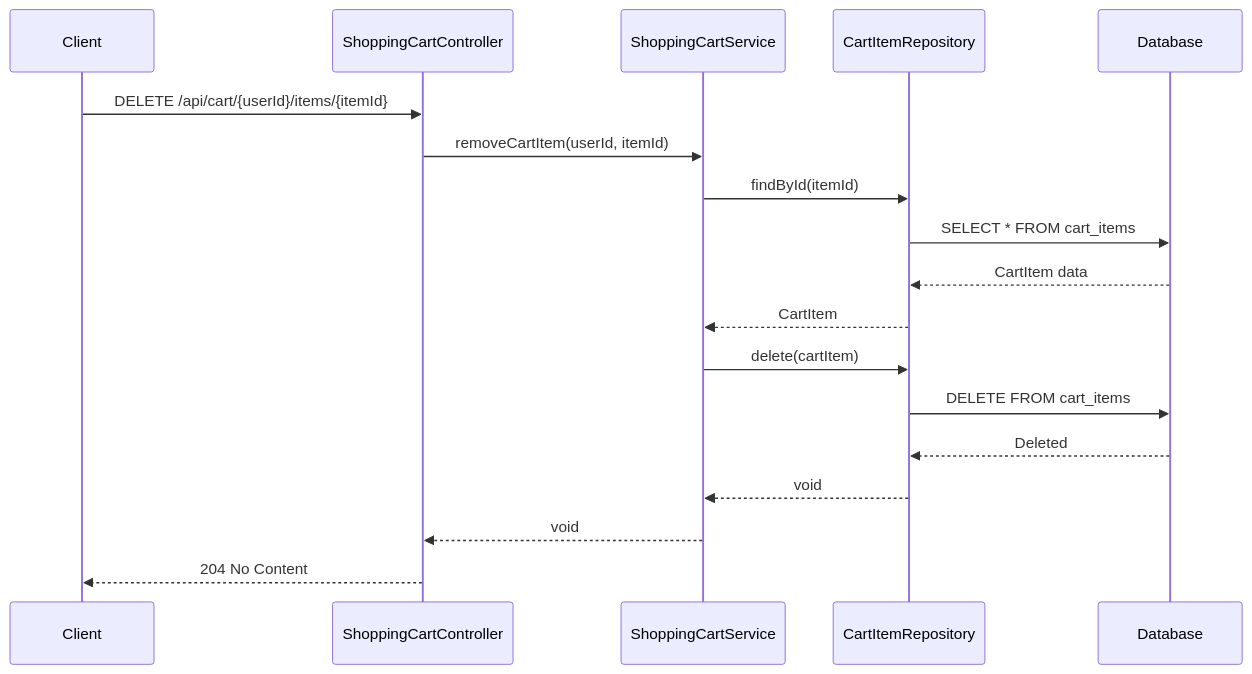
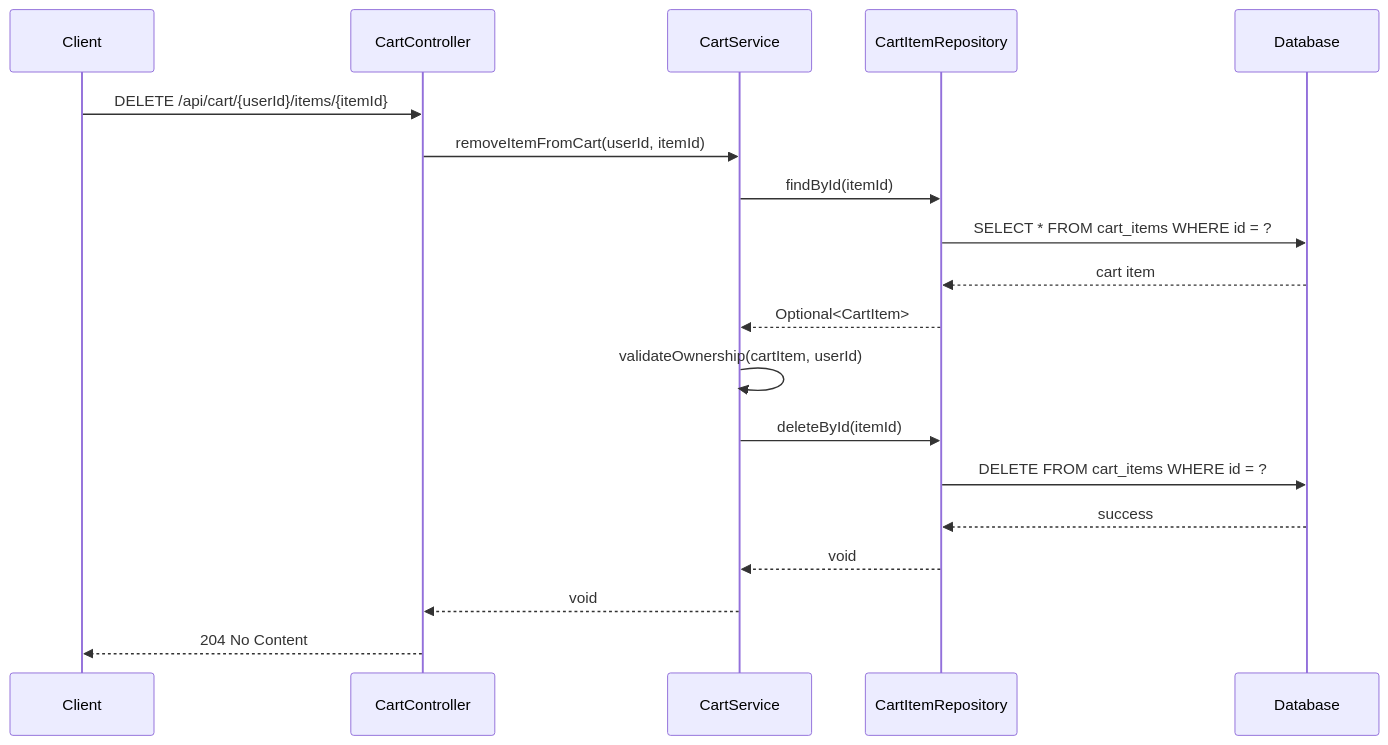
Before and after one commit to NavneetBN47/aava-ecom-demo: diagram 13 of 13 in docs/LLD/modified_lld.md, drawn with Mermaid. The commit also changed other lines of this file, not shown here.

````diff
--- a/docs/LLD/modified_lld.md
+++ b/docs/LLD/modified_lld.md
@@ -555,21 +613,22 @@
 ```mermaid
 sequenceDiagram
     participant Client
-    participant ShoppingCartController
-    participant ShoppingCartService
+    participant CartController
+    participant CartService
     participant CartItemRepository
     participant Database
 
-    Client->>ShoppingCartController: DELETE /api/cart/{userId}/items/{itemId}
-    ShoppingCartController->>ShoppingCartService: removeCartItem(userId, itemId)
-    ShoppingCartService->>CartItemRepository: findById(itemId)
-    CartItemRepository->>Database: SELECT * FROM cart_items
-    Database-->>CartItemRepository: CartItem data
-    CartItemRepository-->>ShoppingCartService: CartItem
-    ShoppingCartService->>CartItemRepository: delete(cartItem)
-    CartItemRepository->>Database: DELETE FROM cart_items
-    Database-->>CartItemRepository: Deleted
-    CartItemRepository-->>ShoppingCartService: void
-    ShoppingCartService-->>ShoppingCartController: void
-    ShoppingCartController-->>Client: 204 No Content
+    Client->>CartController: DELETE /api/cart/{userId}/items/{itemId}
+    CartController->>CartService: removeItemFromCart(userId, itemId)
+    CartService->>CartItemRepository: findById(itemId)
+    CartItemRepository->>Database: SELECT * FROM cart_items WHERE id = ?
+    Database-->>CartItemRepository: cart item
+    CartItemRepository-->>CartService: Optional<CartItem>
+    CartService->>CartService: validateOwnership(cartItem, userId)
+    CartService->>CartItemRepository: deleteById(itemId)
+    CartItemRepository->>Database: DELETE FROM cart_items WHERE id = ?
+    Database-->>CartItemRepository: success
+    CartItemRepository-->>CartService: void
+    CartService-->>CartController: void
+    CartController-->>Client: 204 No Content
 ```
````
